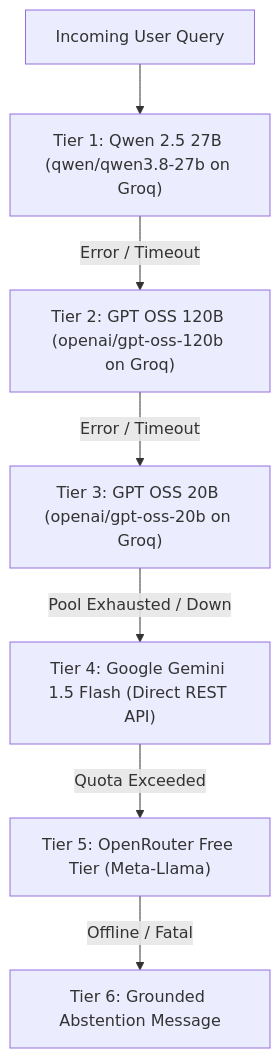
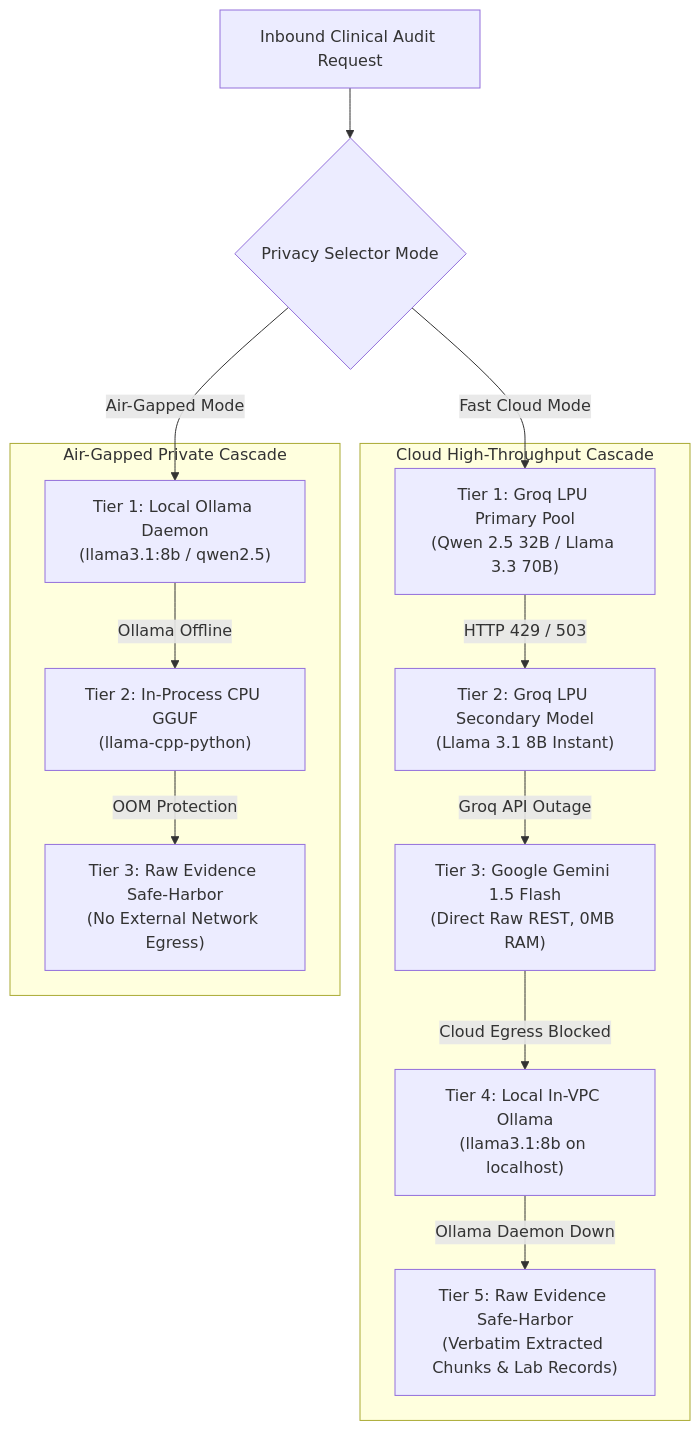
Before and after one commit to tejakarthik657/chat_doc: the diagram in docs/14_CLOUD_MULTI_PROVIDER_FAILOVER.md, drawn with Mermaid. The commit also changed other lines of this file and 78 other files, not shown here.

Commit message:
feat(architecture): implement multi-tenant hospital identity and patient resolution architecture with HL7 FHIR v4, SMART OAuth, and MPI

````diff
--- a/docs/14_CLOUD_MULTI_PROVIDER_FAILOVER.md
+++ b/docs/14_CLOUD_MULTI_PROVIDER_FAILOVER.md
@@ -5,9 +20,29 @@
 ```mermaid
-graph TD
-    REQ["Incoming User Query"] --> TIER1["Tier 1: Qwen 2.5 27B (qwen/qwen3.8-27b on Groq)"]
-    TIER1 -->|Error / Timeout| TIER2["Tier 2: GPT OSS 120B (openai/gpt-oss-120b on Groq)"]
-    TIER2 -->|Error / Timeout| TIER3["Tier 3: GPT OSS 20B (openai/gpt-oss-20b on Groq)"]
-    TIER3 -->|Pool Exhausted / Down| TIER4["Tier 4: Google Gemini 1.5 Flash (Direct REST API)"]
-    TIER4 -->|Quota Exceeded| TIER5["Tier 5: OpenRouter Free Tier (Meta-Llama)"]
-    TIER5 -->|Offline / Fatal| TIER6["Tier 6: Grounded Abstention Message"]
+flowchart TD
+    QUERY["Inbound Clinical Audit Request"] --> ROUTE{"Privacy Selector Mode"}
+
+    subgraph CLOUD_CASCADE["Cloud High-Throughput Cascade"]
+        T1["Tier 1: Groq LPU Primary Pool<br/>(Qwen 2.5 32B / Llama 3.3 70B)"]
+        T2["Tier 2: Groq LPU Secondary Model<br/>(Llama 3.1 8B Instant)"]
+        T3["Tier 3: Google Gemini 1.5 Flash<br/>(Direct Raw REST, 0MB RAM)"]
+        T4["Tier 4: Local In-VPC Ollama<br/>(llama3.1:8b on localhost)"]
+        T5["Tier 5: Raw Evidence Safe-Harbor<br/>(Verbatim Extracted Chunks & Lab Records)"]
+
+        T1 -->|HTTP 429 / 503| T2
+        T2 -->|Groq API Outage| T3
+        T3 -->|Cloud Egress Blocked| T4
+        T4 -->|Ollama Daemon Down| T5
+    end
+
+    subgraph LOCAL_CASCADE["Air-Gapped Private Cascade"]
+        L1["Tier 1: Local Ollama Daemon<br/>(llama3.1:8b / qwen2.5)"]
+        L2["Tier 2: In-Process CPU GGUF<br/>(llama-cpp-python)"]
+        L3["Tier 3: Raw Evidence Safe-Harbor<br/>(No External Network Egress)"]
+
+        L1 -->|Ollama Offline| L2
+        L2 -->|OOM Protection| L3
+    end
+
+    ROUTE -->|Fast Cloud Mode| T1
+    ROUTE -->|Air-Gapped Mode| L1
 ```
````
